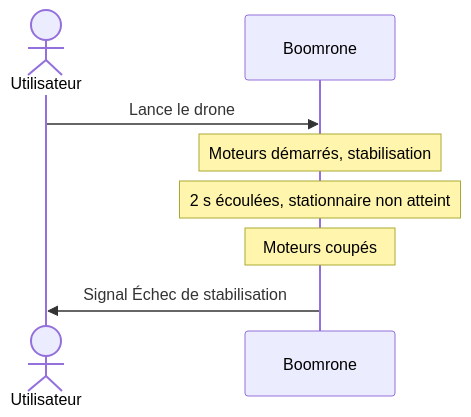
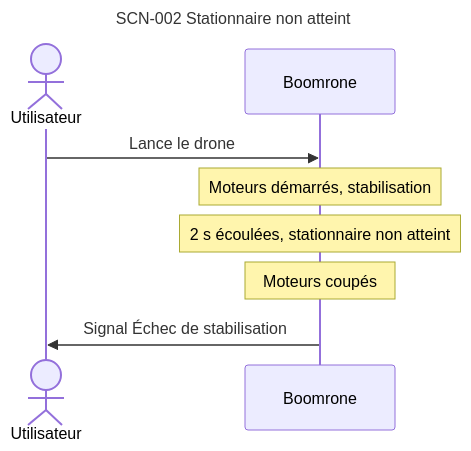
Before and after one commit to thourymatthieu-png/coworker_archi_system: the fourth of 13 diagrams in projets/boomrone/00-scenarios.md, drawn with Mermaid. The commit also changed other lines of this file and 3 other files, not shown here.

````diff
--- a/projets/boomrone/00-scenarios.md
+++ b/projets/boomrone/00-scenarios.md
@@ -127,10 +161,13 @@
 ```mermaid
+---
+title: "SCN-002 Stationnaire non atteint"
+---
 sequenceDiagram
     actor U as Utilisateur
     participant D as Boomrone
     U->>D: Lance le drone
     Note over D: Moteurs démarrés, stabilisation
     Note over D: 2 s écoulées, stationnaire non atteint
     Note over D: Moteurs coupés
     D->>U: Signal Échec de stabilisation
 ```
````
